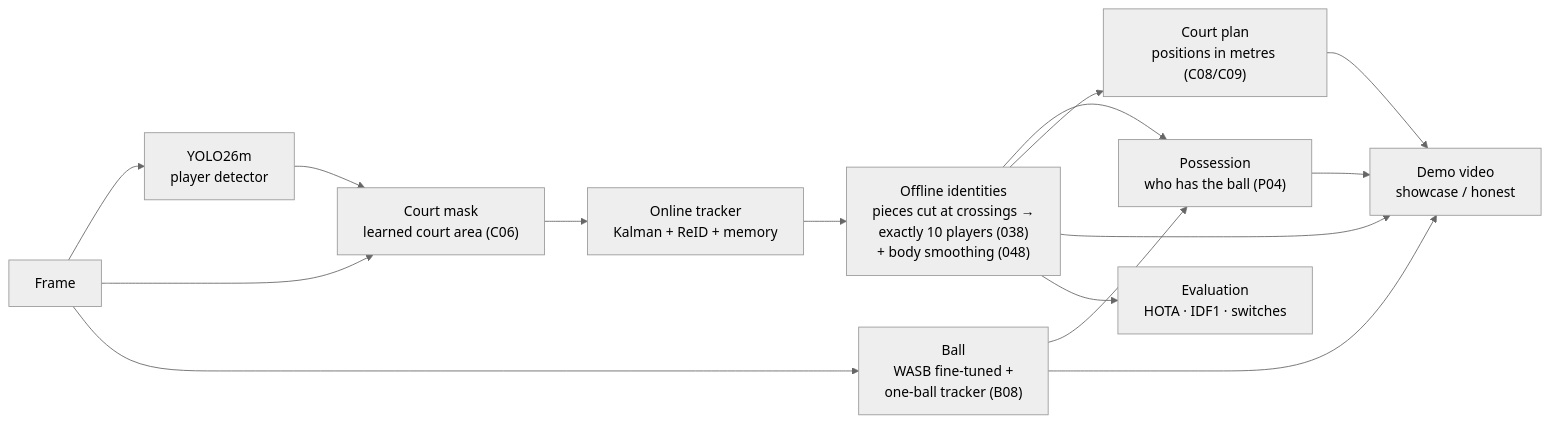
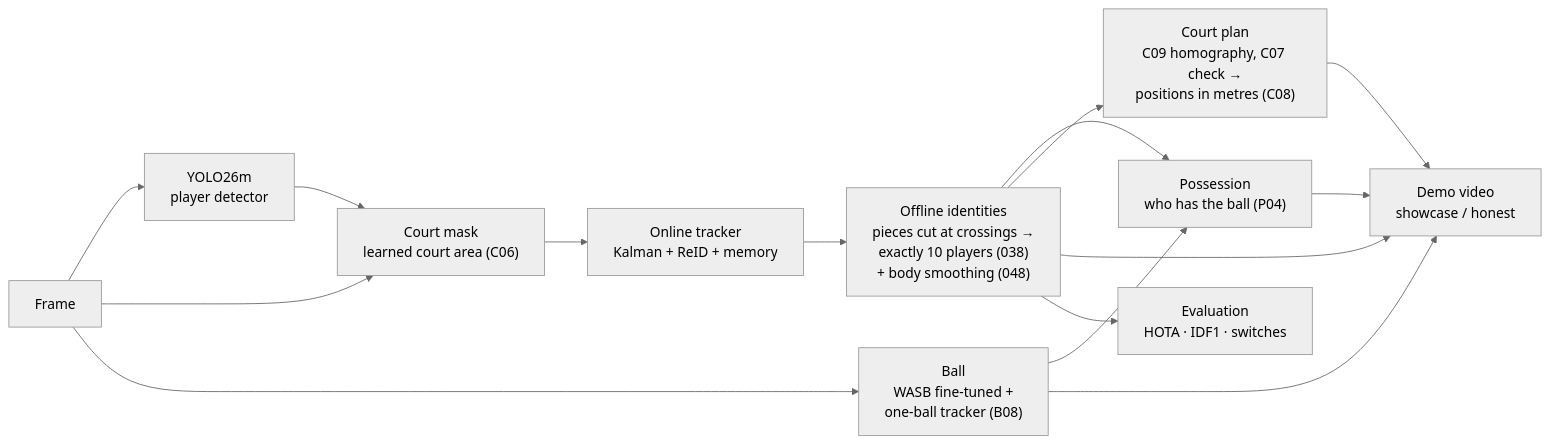
Before and after one commit to VaroLG/hoop-reid-tracker: the diagram in README.md, drawn with Mermaid (neutral theme). The commit also changed other lines of this file and 16 other files, not shown here.

````diff
--- a/README.md
+++ b/README.md
@@ -724,13 +754,13 @@
 ```mermaid
 flowchart LR
     F["Frame"] --> D["YOLO26m<br/>player detector"]
     D --> C["Court mask<br/>learned court area (C06)"]
     F --> C
     C --> T["Online tracker<br/>Kalman + ReID + memory"]
     T --> S["Offline identities<br/>pieces cut at crossings →<br/>exactly 10 players (038)<br/>+ body smoothing (048)"]
     F --> B["Ball<br/>WASB fine-tuned +<br/>one-ball tracker (B08)"]
     S & B --> P["Possession<br/>who has the ball (P04)"]
-    S --> M["Court plan<br/>positions in metres (C08/C09)"]
+    S --> M["Court plan<br/>C09 homography, C07 check →<br/>positions in metres (C08)"]
     S & B & P & M --> V["Demo video<br/>showcase / honest"]
     S --> E["Evaluation<br/>HOTA · IDF1 · switches"]
 ```
````
